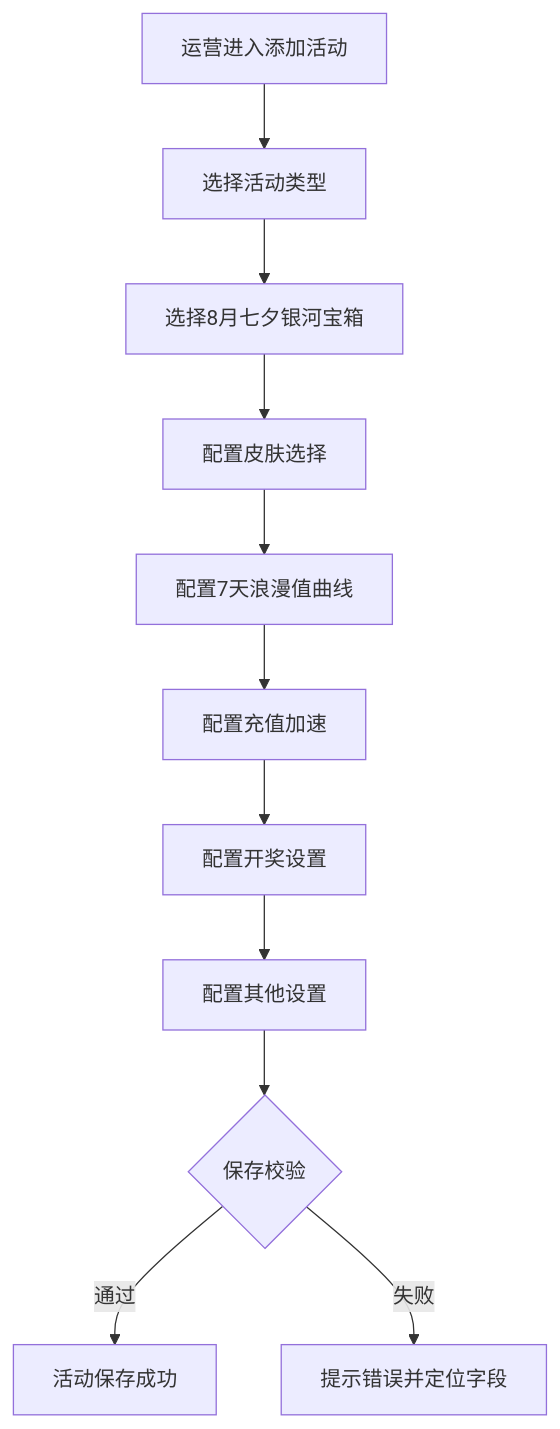
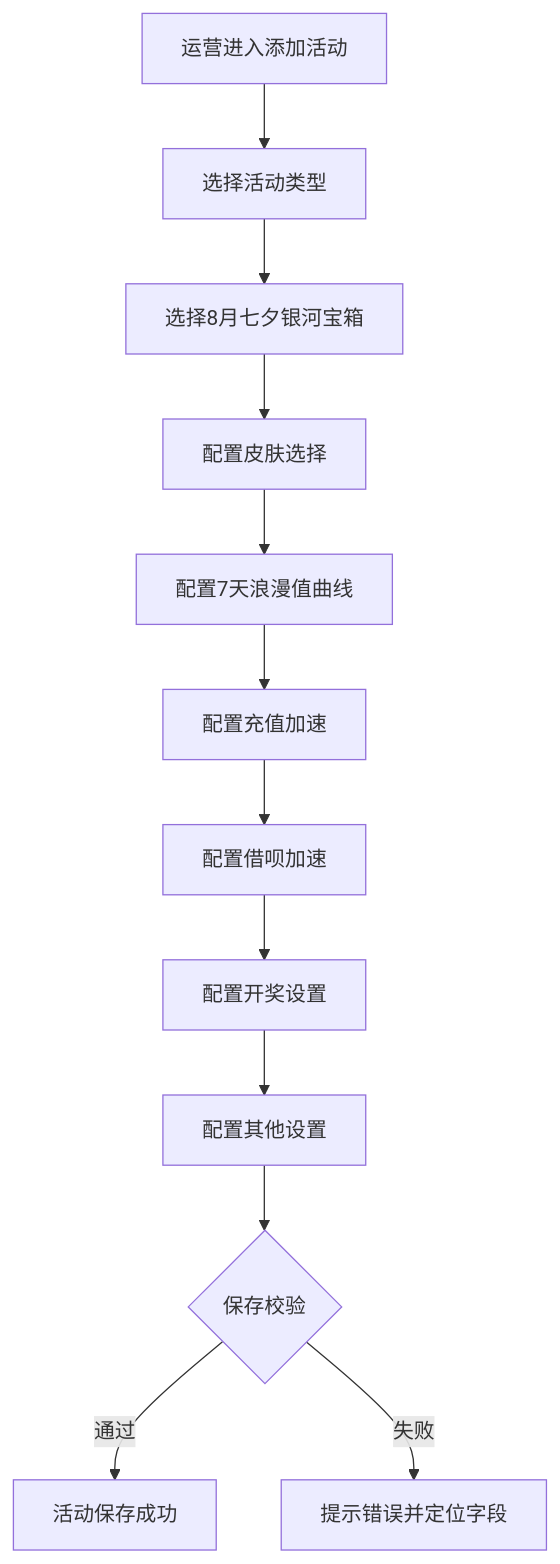
One commit to bala-luoluo/M3 changed the first of 6 diagrams in PRD_qixi_galaxy_box_activity_2026-07-31.md. Above: the diagram before and after it, drawn with Mermaid. The commit also changed other lines of this file and 1 other file, not shown here.

````diff
--- a/PRD_qixi_galaxy_box_activity_2026-07-31.md
+++ b/PRD_qixi_galaxy_box_activity_2026-07-31.md
@@ -169,13 +184,14 @@
 ```mermaid
 flowchart TD
     A[运营进入添加活动] --> B[选择活动类型]
     B --> C[选择8月七夕银河宝箱]
     C --> D[配置皮肤选择]
     D --> E[配置7天浪漫值曲线]
     E --> F[配置充值加速]
-    F --> G[配置开奖设置]
-    G --> H[配置其他设置]
-    H --> J{保存校验}
+    F --> G[配置借呗加速]
+    G --> H[配置开奖设置]
+    H --> I[配置其他设置]
+    I --> J{保存校验}
     J -->|通过| K[活动保存成功]
     J -->|失败| L[提示错误并定位字段]
 ```
````
